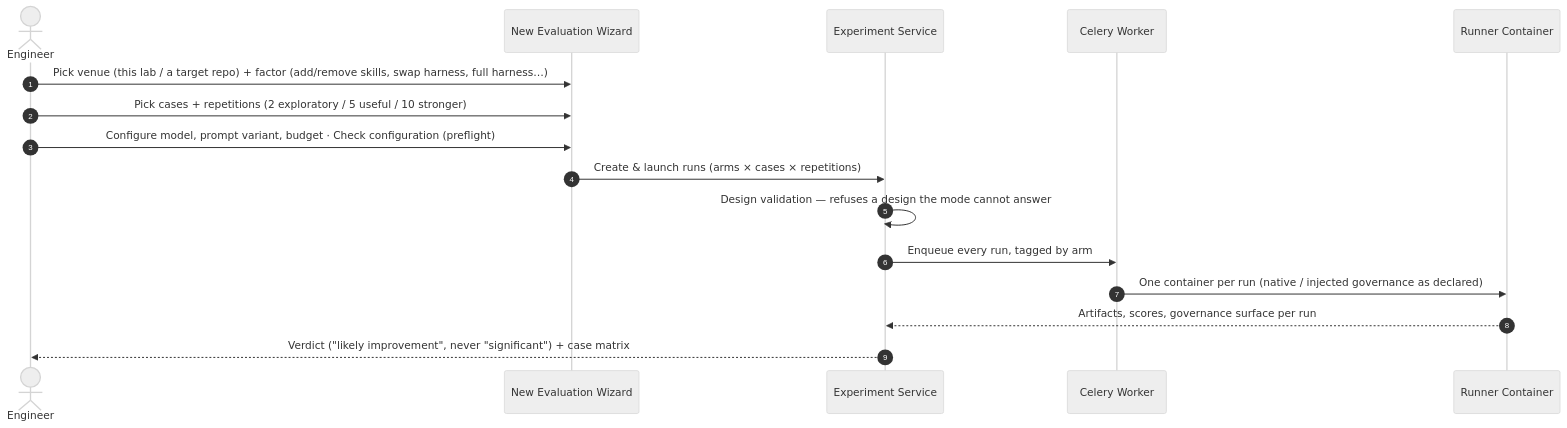
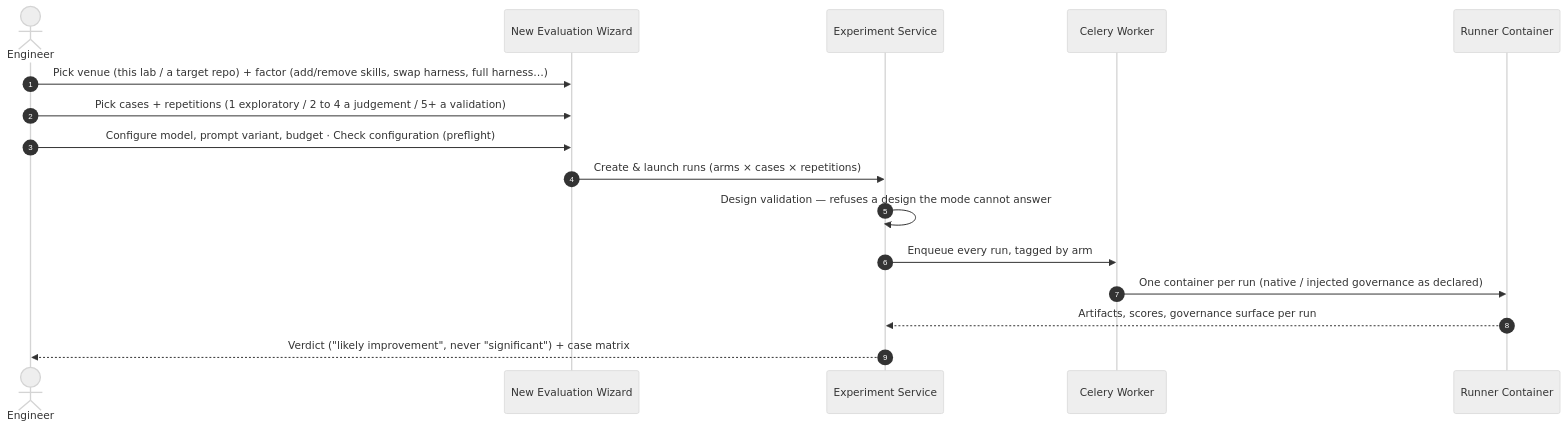
One commit to marcosdh1987/harness-engineering-guide changed the first of 3 diagrams in docs/en/reference-implementation/ai-agentic-harness-lab/evaluation-workflow.md. Above: the diagram before and after it, drawn with Mermaid (neutral theme). The commit also changed other lines of this file and 3 other files, not shown here.

````diff
--- a/docs/en/reference-implementation/ai-agentic-harness-lab/evaluation-workflow.md
+++ b/docs/en/reference-implementation/ai-agentic-harness-lab/evaluation-workflow.md
@@ -11,19 +11,19 @@
 ```mermaid
 sequenceDiagram
     autonumber
     actor User as Engineer
     participant UI as New Evaluation Wizard
     participant API as Experiment Service
     participant Worker as Celery Worker
     participant Runner as Runner Container
 
     User->>UI: Pick venue (this lab / a target repo) + factor (add/remove skills, swap harness, full harness…)
-    User->>UI: Pick cases + repetitions (2 exploratory / 5 useful / 10 stronger)
+    User->>UI: Pick cases + repetitions (1 exploratory / 2 to 4 a judgement / 5+ a validation)
     User->>UI: Configure model, prompt variant, budget · Check configuration (preflight)
     UI->>API: Create & launch runs (arms × cases × repetitions)
     API->>API: Design validation — refuses a design the mode cannot answer
     API->>Worker: Enqueue every run, tagged by arm
     Worker->>Runner: One container per run (native / injected governance as declared)
     Runner-->>API: Artifacts, scores, governance surface per run
     API-->>User: Verdict ("likely improvement", never "significant") + case matrix
 ```
````
